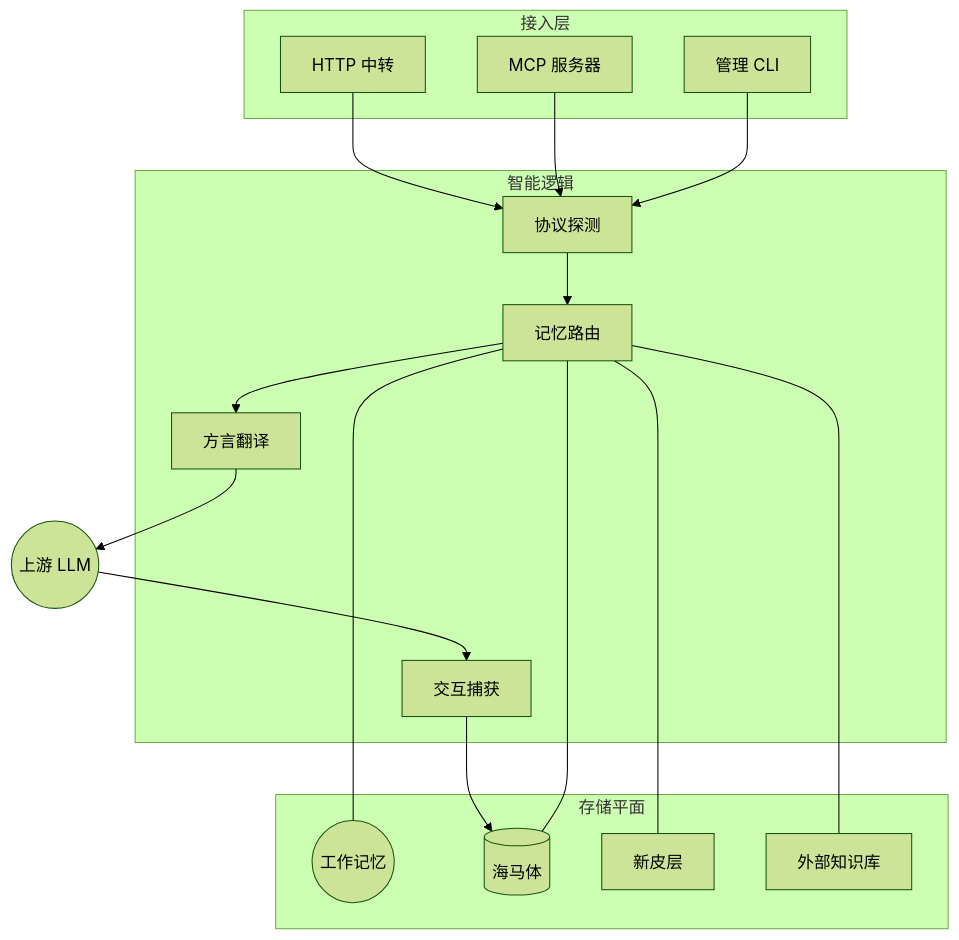
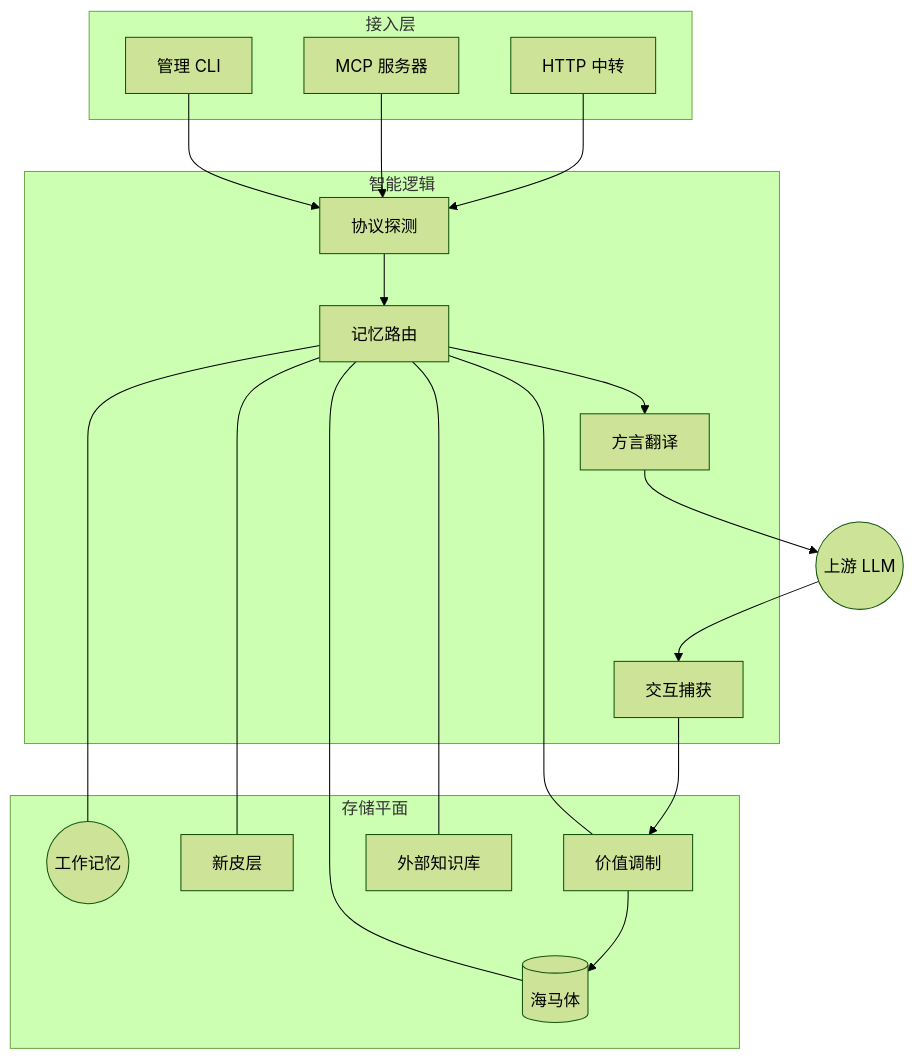
The diagram in README_CN.md (winnerineast/ClawBrain), drawn with Mermaid (forest theme) before and after one commit. The commit also changed other lines of this file and 4 other files, not shown here.

Commit message:
docs: integrate L6b (Value Modulation) and TasteGuard concepts into architecture and design docs

````diff
--- a/README_CN.md
+++ b/README_CN.md
@@ -165,38 +165,41 @@
 ```mermaid
 graph TD
     subgraph 接入层
         API[HTTP 中转]
         MCP[MCP 服务器]
         CLI[管理 CLI]
     end
 
     subgraph 智能逻辑
         Detector[协议探测]
         Router[记忆路由]
         Translator[方言翻译]
         Pipe[交互捕获]
     end
 
     subgraph 存储平面
         L1((工作记忆))
         L2[(海马体)]
         L3[新皮层]
+        L6b[价值调制]
         Ext[外部知识库]
     end
 
     API --> Detector
     MCP --> Detector
     CLI --> Detector
     
     Detector --> Router
     Router --> Translator
     Translator --> LLM((上游 LLM))
     
     LLM --> Pipe
-    Pipe --> L2
+    Pipe --> L6b
+    L6b --> L2
     
     Router --- L1
     Router --- L2
     Router --- L3
+    Router --- L6b
     Router --- Ext
 ```
````
